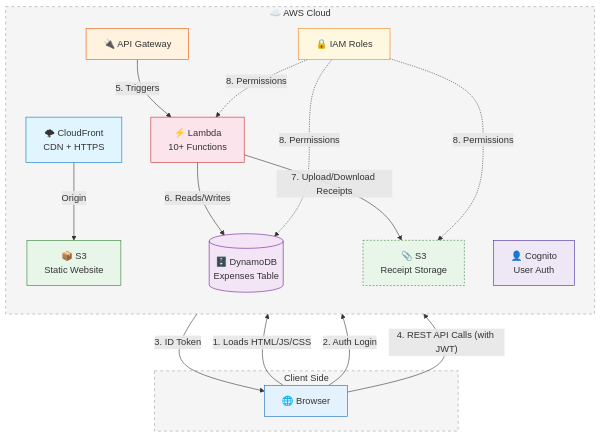
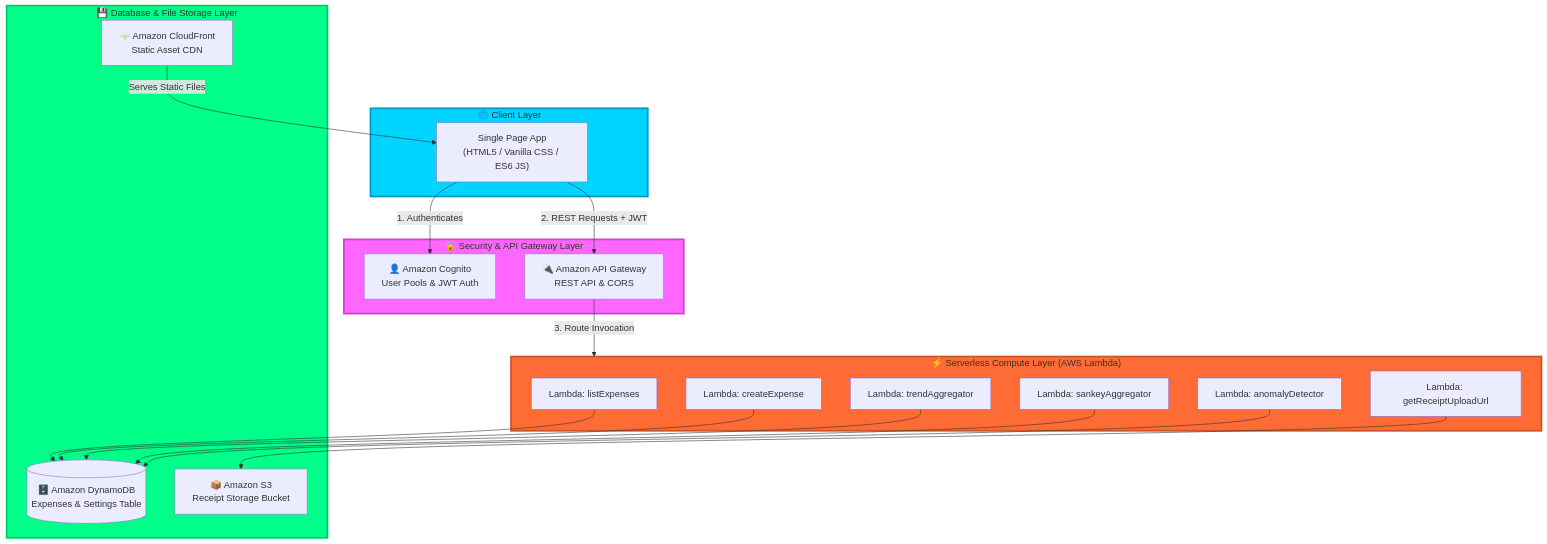
Before and after one commit to anubhavy-05/serverless-expense-tracker: the second of 3 diagrams in README.md, drawn with Mermaid. The commit also changed other lines of this file, not shown here.

````diff
--- a/README.md
+++ b/README.md
@@ -31,42 +231,42 @@
 ```mermaid
 flowchart TB
-    subgraph Client[Client Side]
-        Browser[🌐 Browser]
+    subgraph Client["🌐 Client Layer"]
+        Browser["Single Page App<br/>(HTML5 / Vanilla CSS / ES6 JS)"]
     end
-
-    subgraph AWS[☁️ AWS Cloud]
-        direction TB
-        S3["📦 S3<br/>Static Website"]
-        CF["🌩 CloudFront<br/>CDN + HTTPS"]
-        APIGW[🔌 API Gateway]
-        Lambda["⚡ Lambda<br/>10+ Functions"]
-        DynamoDB[("🗄️ DynamoDB<br/>Expenses Table")]
-        S3Receipt["📎 S3<br/>Receipt Storage"]
-        IAM[🔒 IAM Roles]
-        Cognito["👤 Cognito<br/>User Auth"]
+    
+    subgraph AuthAPI["🔒 Security & API Gateway Layer"]
+        Cognito["👤 Amazon Cognito<br/>User Pools & JWT Auth"]
+        APIGW["🔌 Amazon API Gateway<br/>REST API & CORS"]
     end
-
-    Browser -->|1. Loads HTML/JS/CSS| CF
-    CF -->|Origin| S3
-    Browser -->|2. Auth Login| Cognito
-    Cognito -->|3. ID Token| Browser
-    Browser -->|"4. REST API Calls (with JWT)"| APIGW
-    APIGW -->|5. Triggers| Lambda
-    Lambda -->|6. Reads/Writes| DynamoDB
-    Lambda -->|7. Upload/Download Receipts| S3Receipt
-    IAM -.->|8. Permissions| Lambda
-    IAM -.->|8. Permissions| DynamoDB
-    IAM -.->|8. Permissions| S3Receipt
-
-    style Browser fill:#e3f2fd,stroke:#1565c0
-    style S3 fill:#e8f5e9,stroke:#2e7d32
-    style CF fill:#e1f5fe,stroke:#0277bd
-    style APIGW fill:#fff3e0,stroke:#e65100
-    style Lambda fill:#fce4ec,stroke:#c62828
-    style DynamoDB fill:#f3e5f5,stroke:#6a1b9a
-    style S3Receipt fill:#e8f5e9,stroke:#2e7d32,stroke-dasharray: 3 3
-    style IAM fill:#fff8e1,stroke:#f57f17
-    style Cognito fill:#ede7f6,stroke:#4527a0
-    style AWS fill:#f5f5f5,stroke:#9e9e9e,stroke-width:1px,stroke-dasharray: 5 5
-    style Client fill:#f5f5f5,stroke:#9e9e9e,stroke-width:1px,stroke-dasharray: 5 5
+    
+    subgraph Backend["⚡ Serverless Compute Layer (AWS Lambda)"]
+        L_List["Lambda: listExpenses"]
+        L_Create["Lambda: createExpense"]
+        L_Trend["Lambda: trendAggregator"]
+        L_Sankey["Lambda: sankeyAggregator"]
+        L_Receipt["Lambda: getReceiptUploadUrl"]
+        L_Anomaly["Lambda: anomalyDetector"]
+    end
+    
+    subgraph Storage["💾 Database & File Storage Layer"]
+        DynamoDB[("🗄️ Amazon DynamoDB<br/>Expenses & Settings Table")]
+        S3Bucket["📦 Amazon S3<br/>Receipt Storage Bucket"]
+        CloudFront["🌩️ Amazon CloudFront<br/>Static Asset CDN"]
+    end
+    
+    Browser -->|1. Authenticates| Cognito
+    Browser -->|2. REST Requests + JWT| APIGW
+    CloudFront -->|Serves Static Files| Browser
+    APIGW -->|3. Route Invocation| Backend
+    L_List --> DynamoDB
+    L_Create --> DynamoDB
+    L_Trend --> DynamoDB
+    L_Sankey --> DynamoDB
+    L_Anomaly --> DynamoDB
+    L_Receipt --> S3Bucket
+    
+    style Client fill:#00d4ff,stroke:#0099cc,stroke-width:3px
+    style AuthAPI fill:#ff66ff,stroke:#cc44cc,stroke-width:3px
+    style Backend fill:#ff6b35,stroke:#cc5529,stroke-width:3px
+    style Storage fill:#00ff88,stroke:#00cc66,stroke-width:3px
 ```
````
